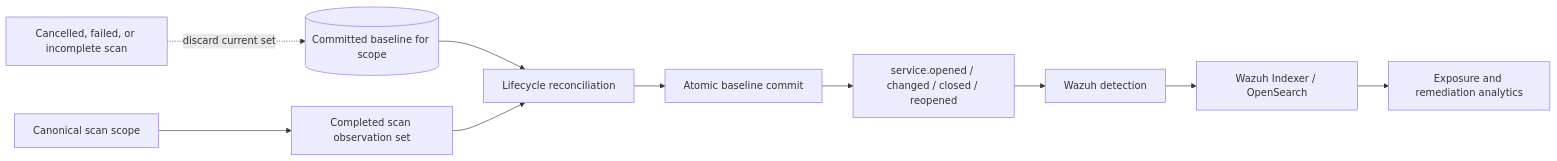
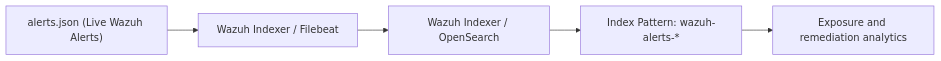
The second of 2 diagrams in ARCHITECTURE.md (CryToSky1324/TcpRecon), drawn with Mermaid before and after one commit. The commit also changed other lines of this file and 2 other files, not shown here.

````diff
--- a/ARCHITECTURE.md
+++ b/ARCHITECTURE.md
@@ -93,13 +96,7 @@
 ```mermaid
 flowchart LR
-  Scope[Canonical scan scope] --> Scan[Completed scan observation set]
-  Previous[(Committed baseline for scope)] --> Reconcile[Lifecycle reconciliation]
-  Scan --> Reconcile
-  Reconcile --> Commit[Atomic baseline commit]
-  Commit --> Events[service.opened / changed / closed / reopened]
-  Events --> Wazuh[Wazuh detection]
-  Wazuh --> Indexer[Wazuh Indexer / OpenSearch]
-  Indexer --> Dashboard[Exposure and remediation analytics]
-
-  Failed[Cancelled, failed, or incomplete scan] -. discard current set .-> Previous
+  Alerts["alerts.json (Live Wazuh Alerts)"] --> Forwarder[Wazuh Indexer / Filebeat]
+  Forwarder --> Indexer[Wazuh Indexer / OpenSearch]
+  Indexer --> Pattern["Index Pattern: wazuh-alerts-*"]
+  Pattern --> Dashboard[Exposure and remediation analytics]
 ```
````
